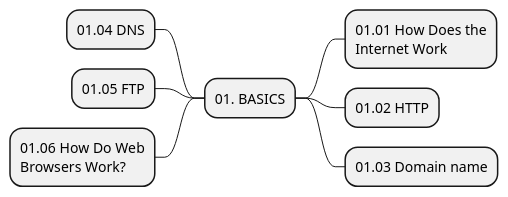
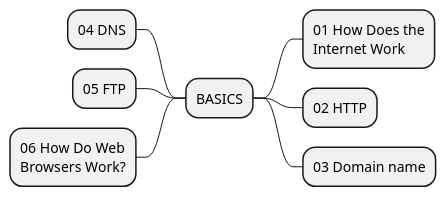
The diagram in diagrams/01-basics.iuml (mrPronin/edu-web), drawn with PlantUML before and after one commit. The commit also changed 3 other files, not shown here.

```diff
--- a/diagrams/01-basics.iuml
+++ b/diagrams/01-basics.iuml
@@ -1,17 +1,17 @@
 @startmindmap BASICS
 <style>
 node {
     MaximumWidth 150
     HorizontalAlignment left
 }
 </style>
 
-+ 01. BASICS
-++ 01.01 How Does the Internet Work
-++ 01.02 HTTP
-++ 01.03 Domain name
--- 01.04 DNS
--- 01.05 FTP
--- 01.06 How Do Web Browsers Work?
++  BASICS
+++ 01 How Does the Internet Work
+++ 02 HTTP
+++ 03 Domain name
+-- 04 DNS
+-- 05 FTP
+-- 06 How Do Web Browsers Work?
 
 @endmindmap
```
